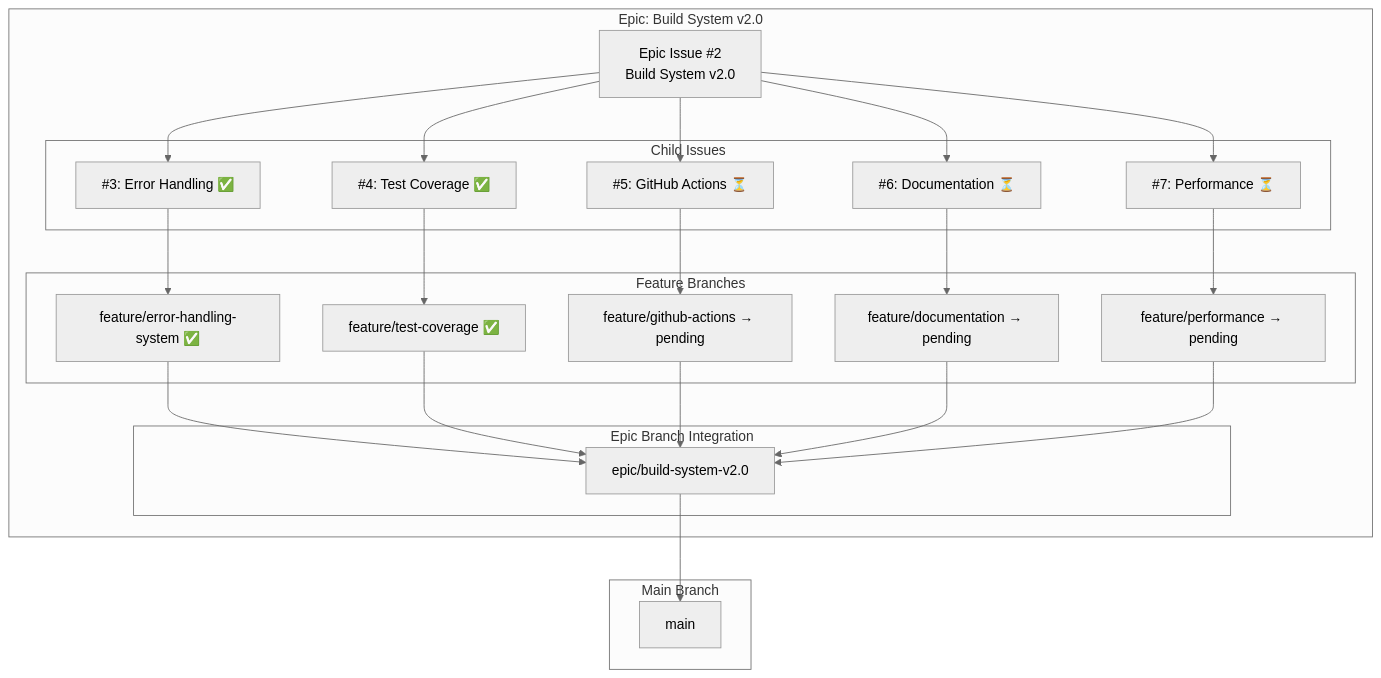
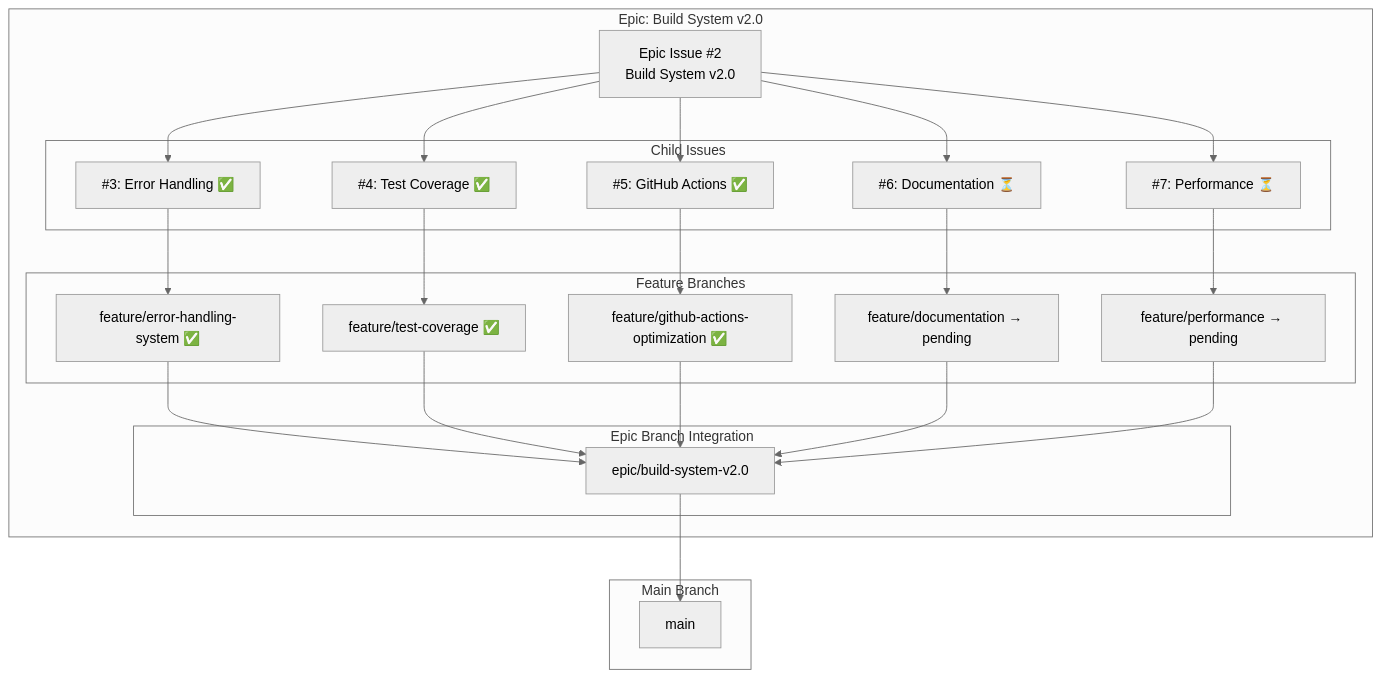
One commit to info-tech-io/hugo-templates changed the first of 5 diagrams in docs/epic-progress-visual.md. Above: the diagram before and after it, drawn with Mermaid (neutral theme). The commit also changed other lines of this file, not shown here.

First line of the commit message:
Update Epic Progress: Child Issue #5 GitHub Actions Optimization Completed

````diff
--- a/docs/epic-progress-visual.md
+++ b/docs/epic-progress-visual.md
@@ -5,50 +5,50 @@
 ```mermaid
 graph TB
     subgraph "Epic: Build System v2.0"
         E[Epic Issue #2<br/>Build System v2.0]
 
         subgraph "Child Issues"
             C1[#3: Error Handling ✅]
             C2[#4: Test Coverage ✅]
-            C3[#5: GitHub Actions ⏳]
+            C3[#5: GitHub Actions ✅]
             C4[#6: Documentation ⏳]
             C5[#7: Performance ⏳]
         end
 
         subgraph "Feature Branches"
             F1[feature/error-handling-system ✅]
             F2[feature/test-coverage ✅]
-            F3[feature/github-actions → pending]
+            F3[feature/github-actions-optimization ✅]
             F4[feature/documentation → pending]
             F5[feature/performance → pending]
         end
 
         subgraph "Epic Branch Integration"
             EB[epic/build-system-v2.0]
         end
 
         E --> C1
         E --> C2
         E --> C3
         E --> C4
         E --> C5
 
         C1 --> F1
         C2 --> F2
         C3 --> F3
         C4 --> F4
         C5 --> F5
 
         F1 --> EB
         F2 --> EB
         F3 --> EB
         F4 --> EB
         F5 --> EB
     end
 
     subgraph "Main Branch"
         M[main]
     end
 
     EB --> M
 ```
````
